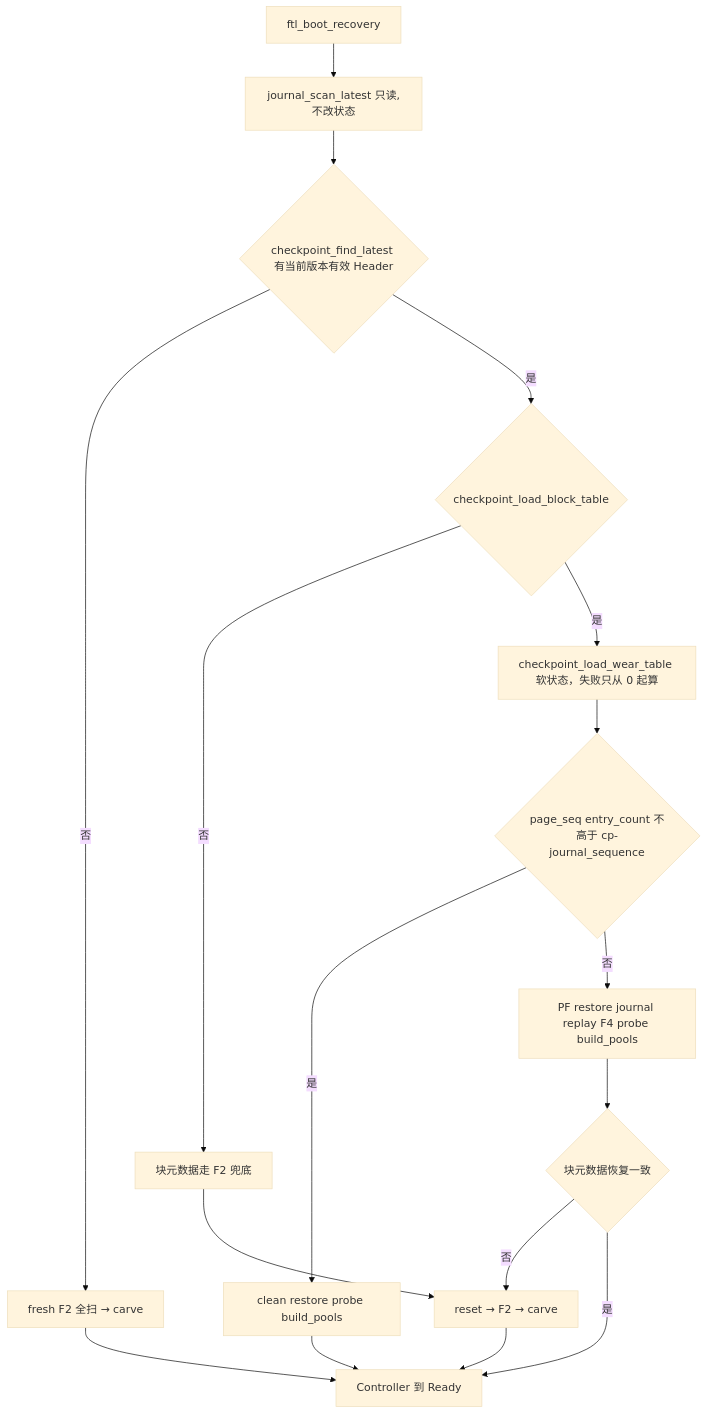
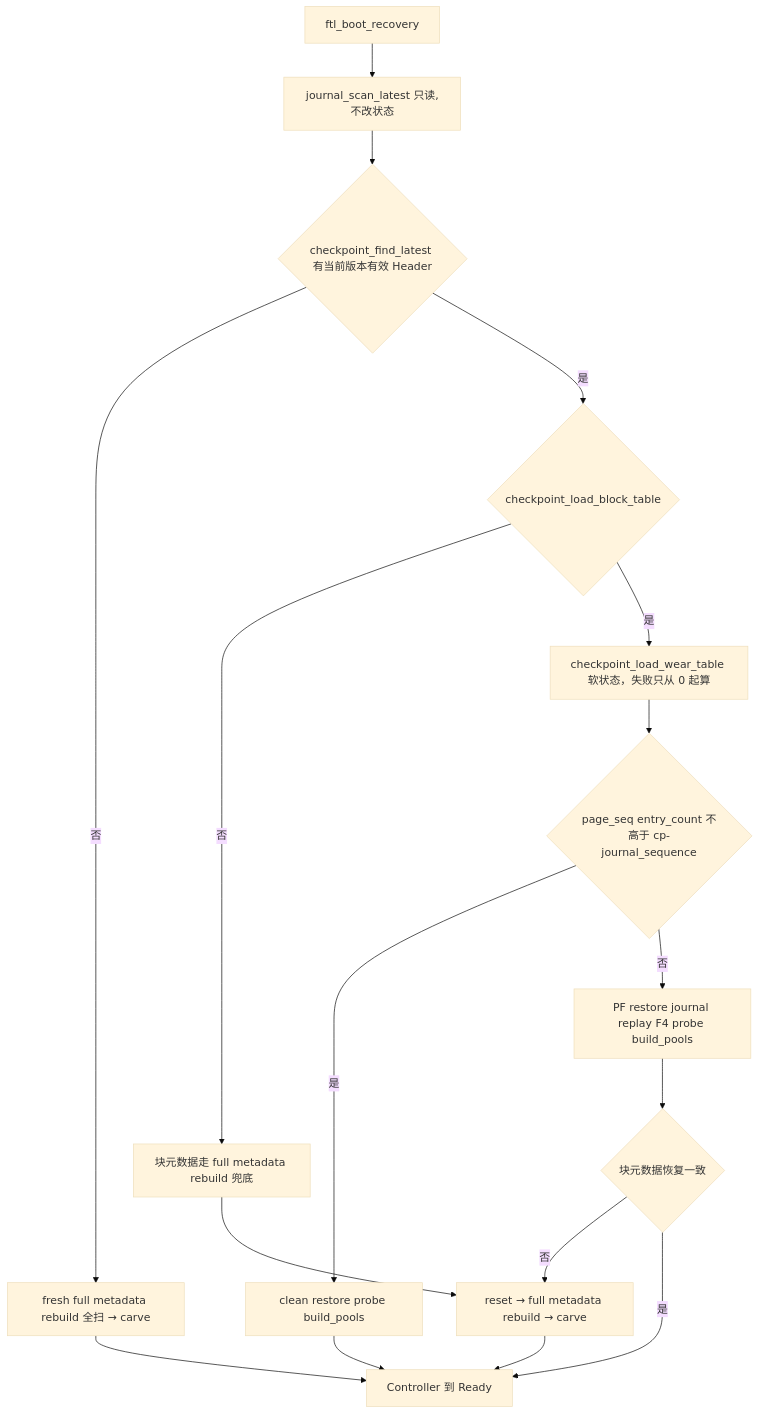
One commit to YzYMIAO/BASESSD changed the sixth of 32 diagrams in docs/design/ftl_design.md. Above: the diagram before and after it, drawn with Mermaid (base theme). The commit also changed other lines of this file and 23 other files, not shown here.

````diff
--- a/docs/design/ftl_design.md
+++ b/docs/design/ftl_design.md
@@ -1071,19 +1071,19 @@
 ```mermaid
 flowchart TD
     BOOT["ftl_boot_recovery"] --> LATEST["journal_scan_latest 只读,不改状态"]
     LATEST --> FIND{"checkpoint_find_latest 有当前版本有效 Header"}
-    FIND -- "否" --> FRESH["fresh F2 全扫 → carve"]
+    FIND -- "否" --> FRESH["fresh full metadata rebuild 全扫 → carve"]
     FIND -- "是" --> LOAD{"checkpoint_load_block_table"}
-    LOAD -- "否" --> PFALL["块元数据走 F2 兜底"]
+    LOAD -- "否" --> PFALL["块元数据走 full metadata rebuild 兜底"]
     LOAD -- "是" --> WEAR["checkpoint_load_wear_table 软状态，失败只从 0 起算"]
     WEAR --> JUDGE{"page_seq entry_count 不高于 cp-journal_sequence"}
     JUDGE -- "是" --> CLEAN["clean restore probe build_pools"]
     JUDGE -- "否" --> PF["PF restore journal replay F4 probe build_pools"]
-    PFALL --> F2["reset → F2 → carve"]
+    PFALL --> FULL_SCAN["reset → full metadata rebuild → carve"]
     PF --> PFOk{"块元数据恢复一致"}
-    PFOk -- "否" --> F2
+    PFOk -- "否" --> FULL_SCAN
     PFOk -- "是" --> READY["Controller 到 Ready"]
     CLEAN --> READY
     FRESH --> READY
-    F2 --> READY
+    FULL_SCAN --> READY
 ```
````
